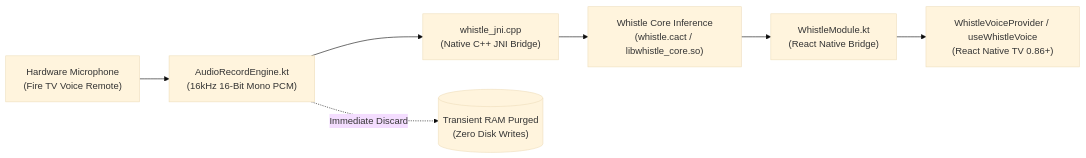
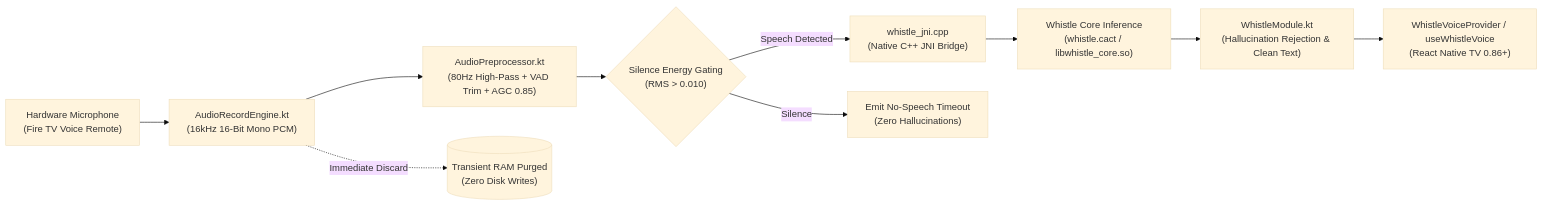
Before and after one commit to MAHAVEER-IT/react-native-whistle-tv-offline: the diagram in README.md, drawn with Mermaid (base theme). The commit also changed other lines of this file and 11 other files, not shown here.

Commit message:
feat(stt): add DSP audio preprocessor, silence hallucination rejection, and clean punctuation support (v1.1.0)

````diff
--- a/README.md
+++ b/README.md
@@ -25,10 +30,13 @@
 ```mermaid
 flowchart LR
     A["Hardware Microphone<br/>(Fire TV Voice Remote)"] --> B["AudioRecordEngine.kt<br/>(16kHz 16-Bit Mono PCM)"]
-    B --> C["whistle_jni.cpp<br/>(Native C++ JNI Bridge)"]
+    B --> DSP["AudioPreprocessor.kt<br/>(80Hz High-Pass + VAD Trim + AGC 0.85)"]
+    DSP --> Gating{"Silence Energy Gating<br/>(RMS > 0.010)"}
+    Gating -- Speech Detected --> C["whistle_jni.cpp<br/>(Native C++ JNI Bridge)"]
+    Gating -- Silence --> Timeout["Emit No-Speech Timeout<br/>(Zero Hallucinations)"]
     C --> D["Whistle Core Inference<br/>(whistle.cact / libwhistle_core.so)"]
-    D --> E["WhistleModule.kt<br/>(React Native Bridge)"]
+    D --> E["WhistleModule.kt<br/>(Hallucination Rejection & Clean Text)"]
     E --> F["WhistleVoiceProvider / useWhistleVoice<br/>(React Native TV 0.86+)"]
     
     B -. Immediate Discard .-> G[("Transient RAM Purged<br/>(Zero Disk Writes)")]
 ```
````
